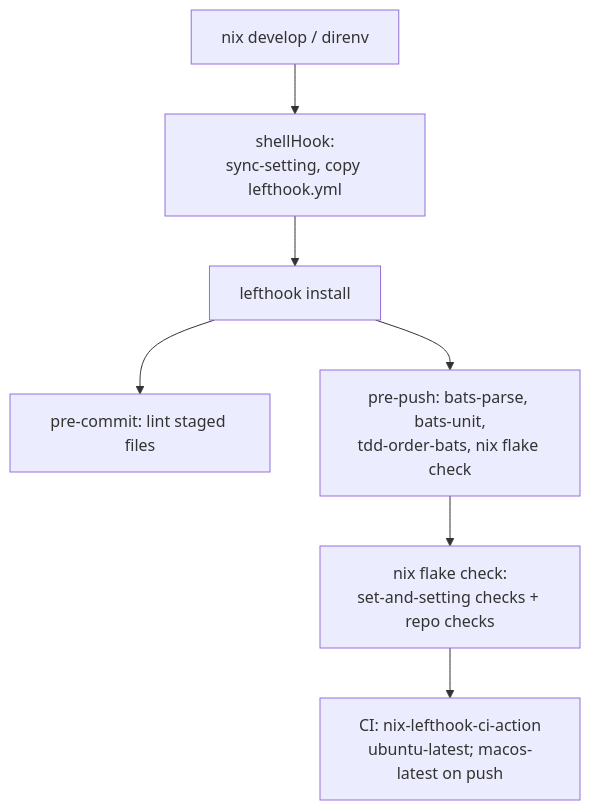
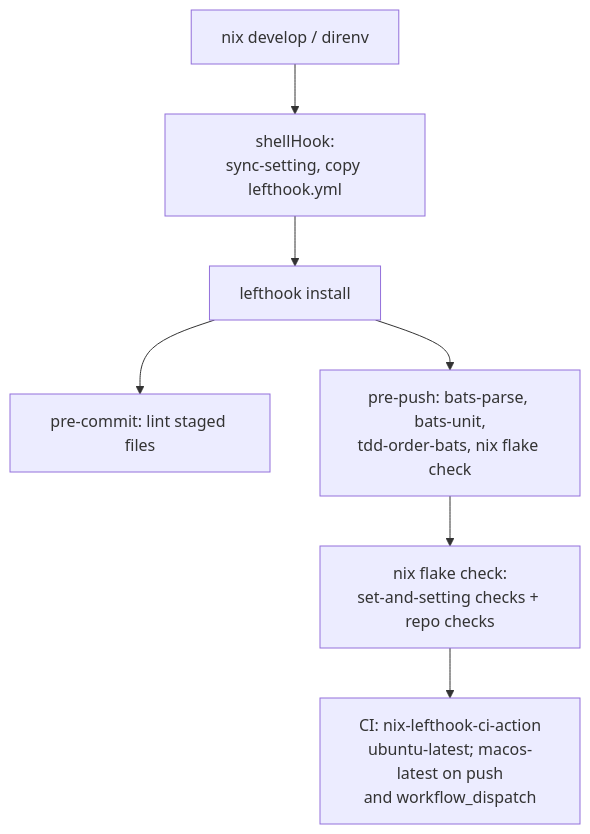
One commit to pr0d1r2/nix-lefthook changed the second of 2 diagrams in README.md. Above: the diagram before and after it, drawn with Mermaid. The commit also changed 2 other files, not shown here.

Commit message:
fix: address review on the guardrail PR
- CHANGELOG: name what moved to scripts/ci-shell-hook.sh and what stays
  in defaultShellHook.
- README: the macOS CI job also runs on workflow_dispatch.
- readme.bats: check the header badge line, not any line; require each
  mermaid fence to close within its section, with a failing fixture.

````diff
--- a/README.md
+++ b/README.md
@@ -33,9 +33,9 @@
 ```mermaid
 flowchart TD
   enter["nix develop / direnv"] --> hook["shellHook:<br/>sync-setting, copy lefthook.yml"]
   hook --> install["lefthook install"]
   install --> commit["pre-commit: lint staged files"]
   install --> push["pre-push: bats-parse, bats-unit,<br/>tdd-order-bats, nix flake check"]
   push --> checks["nix flake check:<br/>set-and-setting checks + repo checks"]
-  checks --> ci["CI: nix-lefthook-ci-action<br/>ubuntu-latest; macos-latest on push"]
+  checks --> ci["CI: nix-lefthook-ci-action<br/>ubuntu-latest; macos-latest on push<br/>and workflow_dispatch"]
 ```
````
